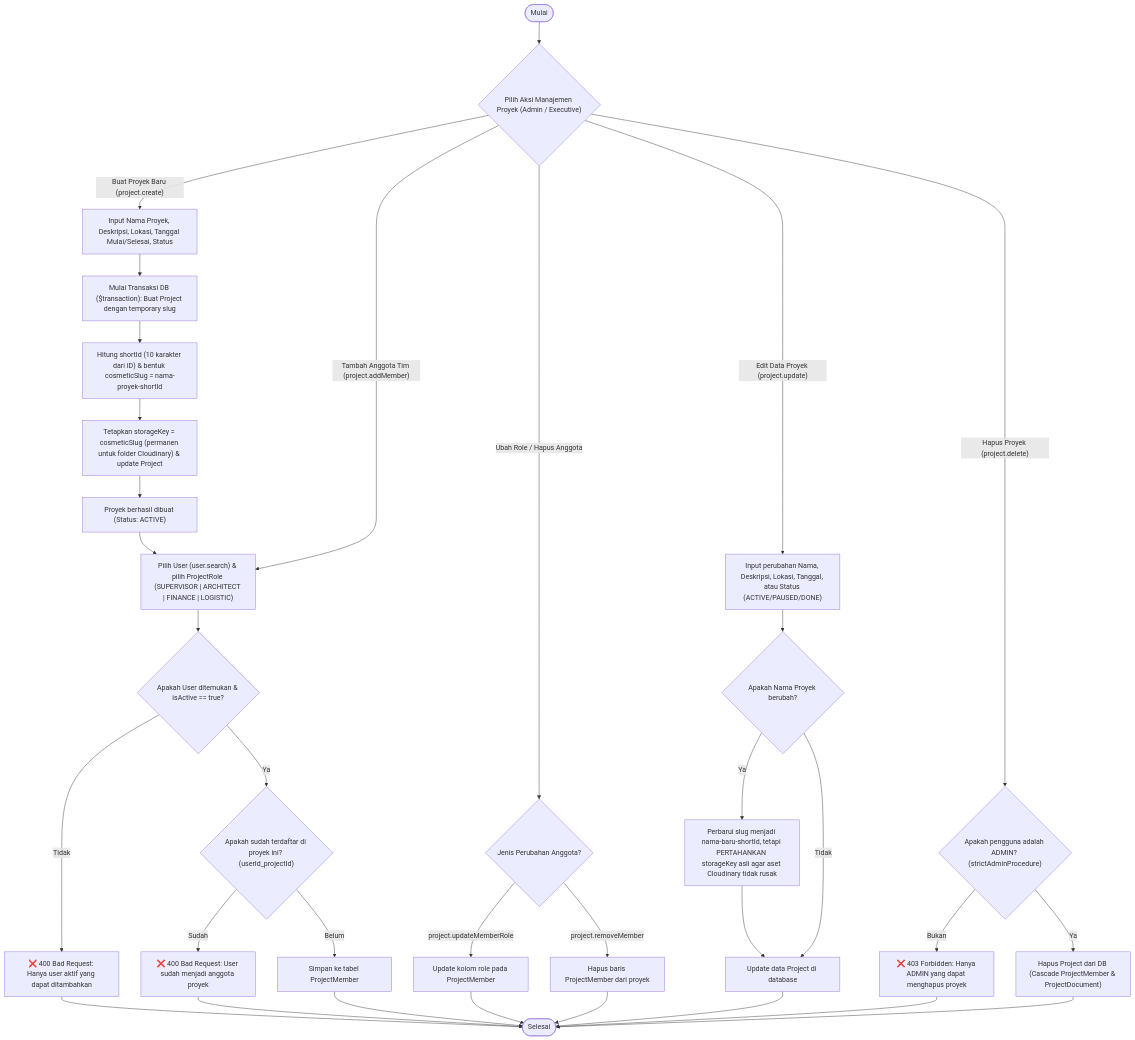
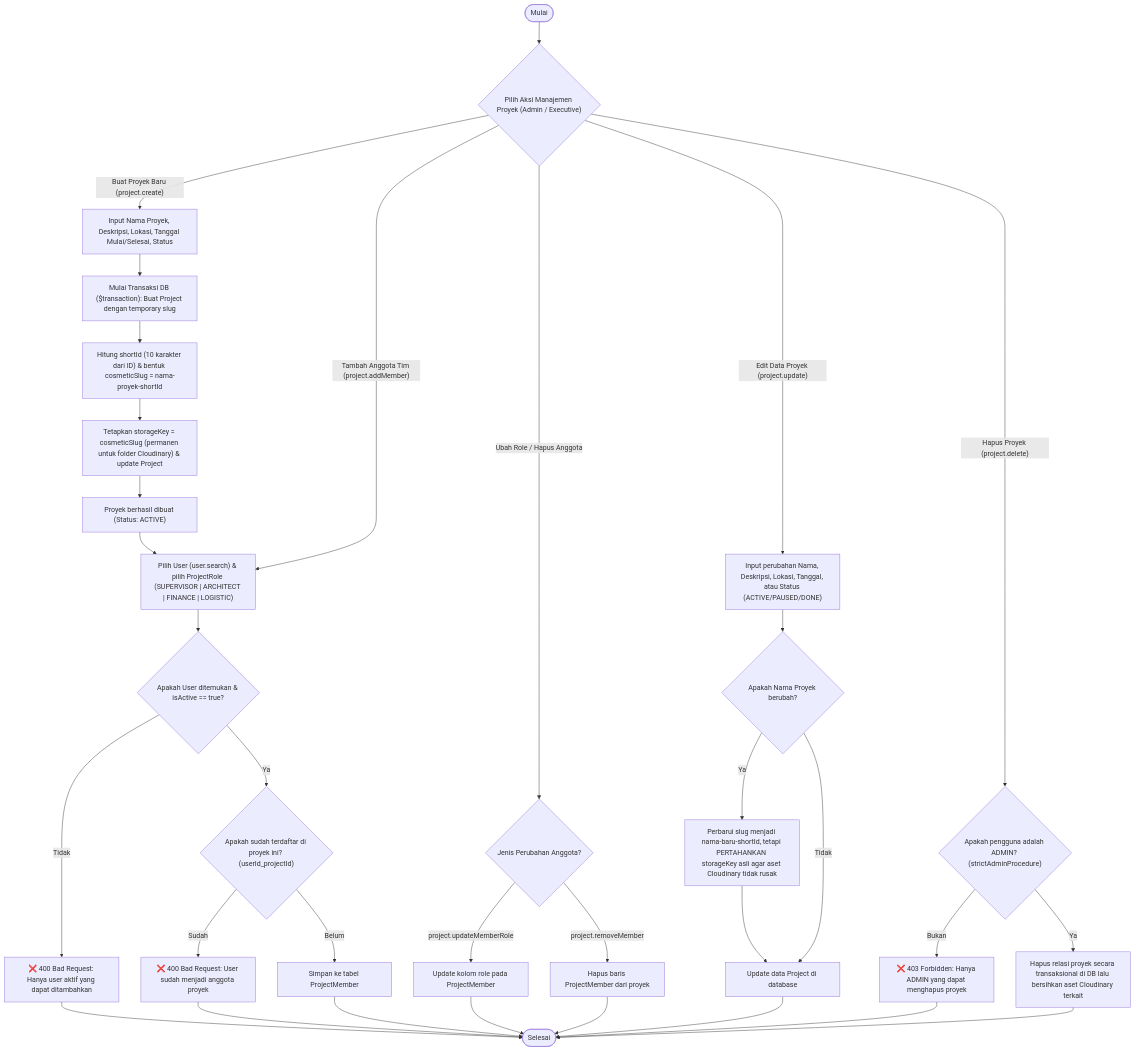
Before and after one commit to HaqqiS/astaloka-internal-system: the third of 8 diagrams in docs/UML.md, drawn with Mermaid. The commit also changed other lines of this file and 6 other files, not shown here.

Commit message:
docs: sync RBAC, architecture, PRD, ERD, and UML documentation

````diff
--- a/docs/UML.md
+++ b/docs/UML.md
@@ -279,45 +279,45 @@
 ```mermaid
 flowchart TD
     Start(["Mulai"]) --> Action{"Pilih Aksi Manajemen Proyek (Admin / Executive)"}
 
     %% Pembuatan Proyek Baru
     Action -->|"Buat Proyek Baru (project.create)"| InputProj["Input Nama Proyek, Deskripsi, Lokasi, Tanggal Mulai/Selesai, Status"]
     InputProj --> TxCreate["Mulai Transaksi DB ($transaction): Buat Project dengan temporary slug"]
     TxCreate --> DeriveKeys["Hitung shortId (10 karakter dari ID) & bentuk cosmeticSlug = nama-proyek-shortId"]
     DeriveKeys --> SetStorageKey["Tetapkan storageKey = cosmeticSlug (permanen untuk folder Cloudinary) & update Project"]
     SetStorageKey --> ProjCreated["Proyek berhasil dibuat (Status: ACTIVE)"]
 
     %% Kelola Tim Proyek
     Action -->|"Tambah Anggota Tim (project.addMember)"| SelectUser["Pilih User (user.search) & pilih ProjectRole (SUPERVISOR | ARCHITECT | FINANCE | LOGISTIC)"]
     ProjCreated --> SelectUser
     SelectUser --> CheckUserActive{"Apakah User ditemukan & isActive == true?"}
     CheckUserActive -->|"Tidak"| ErrInactive["❌ 400 Bad Request: Hanya user aktif yang dapat ditambahkan"]
     CheckUserActive -->|"Ya"| CheckDupMember{"Apakah sudah terdaftar di proyek ini? (userId_projectId)"}
     CheckDupMember -->|"Sudah"| ErrDup["❌ 400 Bad Request: User sudah menjadi anggota proyek"]
     CheckDupMember -->|"Belum"| InsertMember["Simpan ke tabel ProjectMember"]
     InsertMember --> EndFlow(["Selesai"])
 
     %% Ubah / Hapus Anggota
     Action -->|"Ubah Role / Hapus Anggota"| ModMember{"Jenis Perubahan Anggota?"}
     ModMember -->|"project.updateMemberRole"| UpdRole["Update kolom role pada ProjectMember"]
     ModMember -->|"project.removeMember"| DelMember["Hapus baris ProjectMember dari proyek"]
     UpdRole --> EndFlow
     DelMember --> EndFlow
 
     %% Edit Proyek
     Action -->|"Edit Data Proyek (project.update)"| EditInput["Input perubahan Nama, Deskripsi, Lokasi, Tanggal, atau Status (ACTIVE/PAUSED/DONE)"]
     EditInput --> NameChanged{"Apakah Nama Proyek berubah?"}
     NameChanged -->|"Ya"| RecalcSlug["Perbarui slug menjadi nama-baru-shortId, tetapi PERTAHANKAN storageKey asli agar aset Cloudinary tidak rusak"]
     NameChanged -->|"Tidak"| SaveProj["Update data Project di database"]
     RecalcSlug --> SaveProj
     SaveProj --> EndFlow
 
     %% Hapus Proyek
     Action -->|"Hapus Proyek (project.delete)"| CheckStrict{"Apakah pengguna adalah ADMIN? (strictAdminProcedure)"}
     CheckStrict -->|"Bukan"| ErrForbidDel["❌ 403 Forbidden: Hanya ADMIN yang dapat menghapus proyek"]
-    CheckStrict -->|"Ya"| DeleteProj["Hapus Project dari DB (Cascade ProjectMember & ProjectDocument)"]
+    CheckStrict -->|"Ya"| DeleteProj["Hapus relasi proyek secara transaksional di DB lalu bersihkan aset Cloudinary terkait"]
     DeleteProj --> EndFlow
     ErrInactive --> EndFlow
     ErrDup --> EndFlow
     ErrForbidDel --> EndFlow
 ```
````
